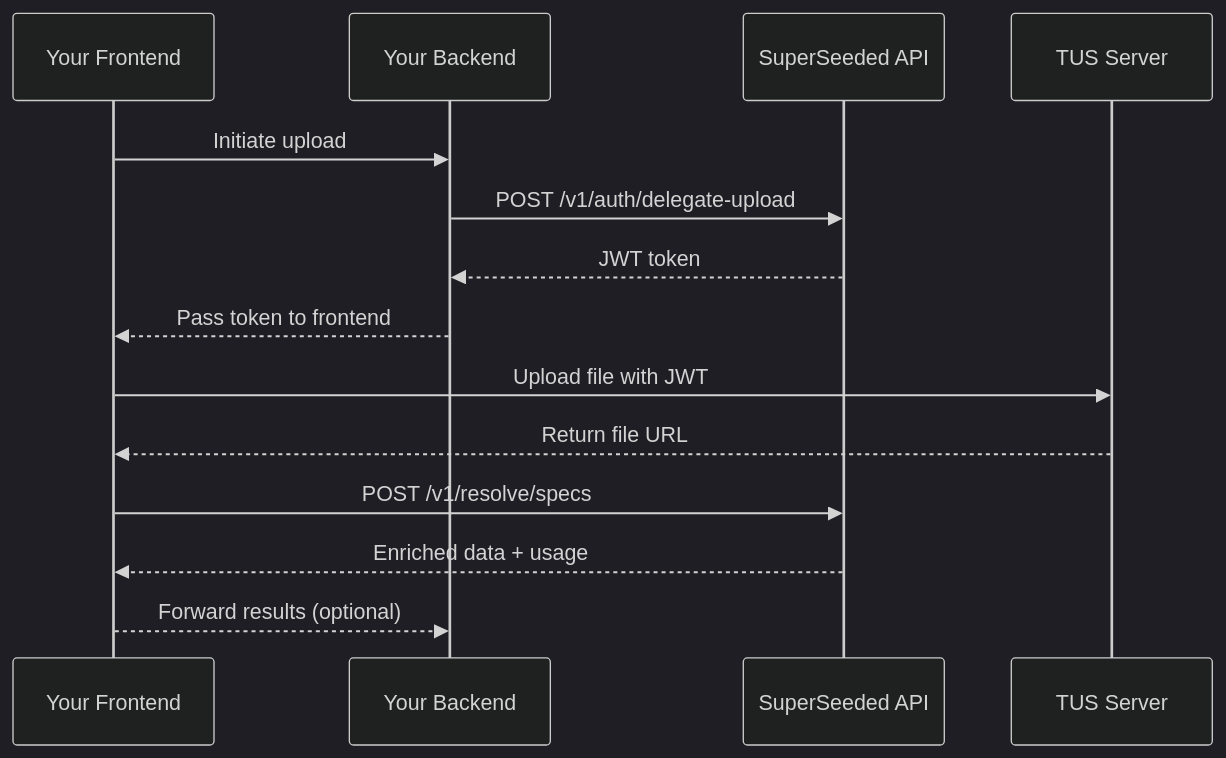
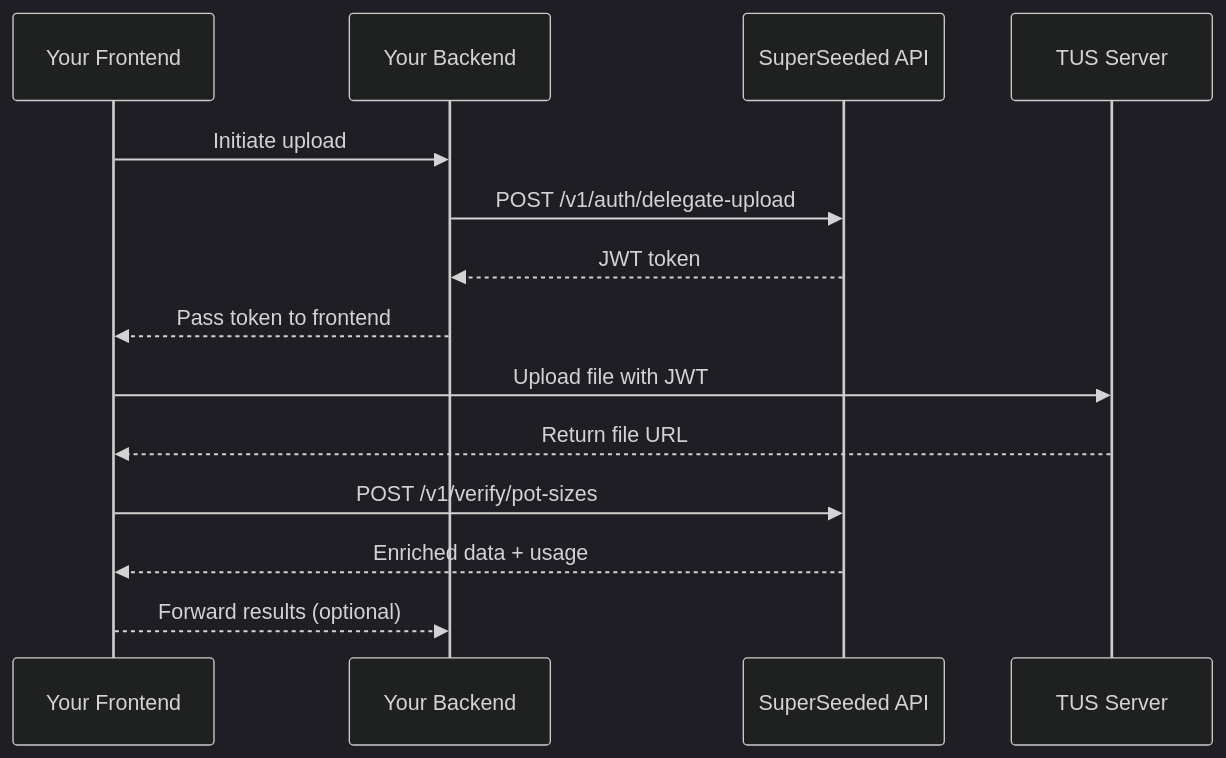
One commit to superseeded/docs changed the diagram in platform-integration/overview.mdx. Above: the diagram before and after it, drawn with Mermaid (dark theme). The commit also changed other lines of this file and 16 other files, not shown here.

````diff
--- a/platform-integration/overview.mdx
+++ b/platform-integration/overview.mdx
@@ -25,17 +25,17 @@
 ```mermaid
 sequenceDiagram
     participant F as Your Frontend
     participant B as Your Backend
     participant A as SuperSeeded API
     participant T as TUS Server
 
     F->>B: Initiate upload
     B->>A: POST /v1/auth/delegate-upload
     A-->>B: JWT token
     B-->>F: Pass token to frontend
     F->>T: Upload file with JWT
     T-->>F: Return file URL
-    F->>A: POST /v1/resolve/specs
+    F->>A: POST /v1/verify/pot-sizes
     A-->>F: Enriched data + usage
     F-->>B: Forward results (optional)
 ```
````
